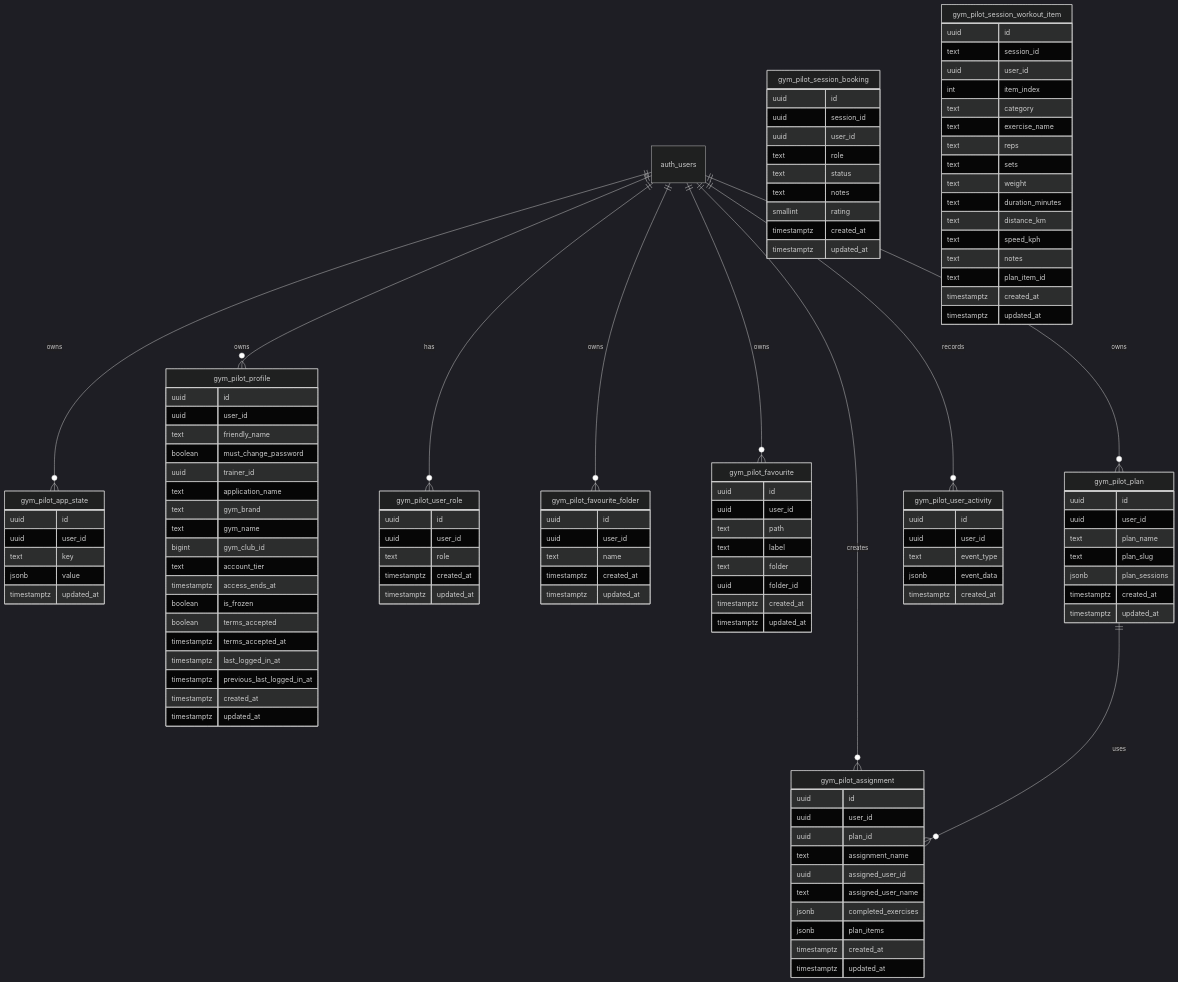
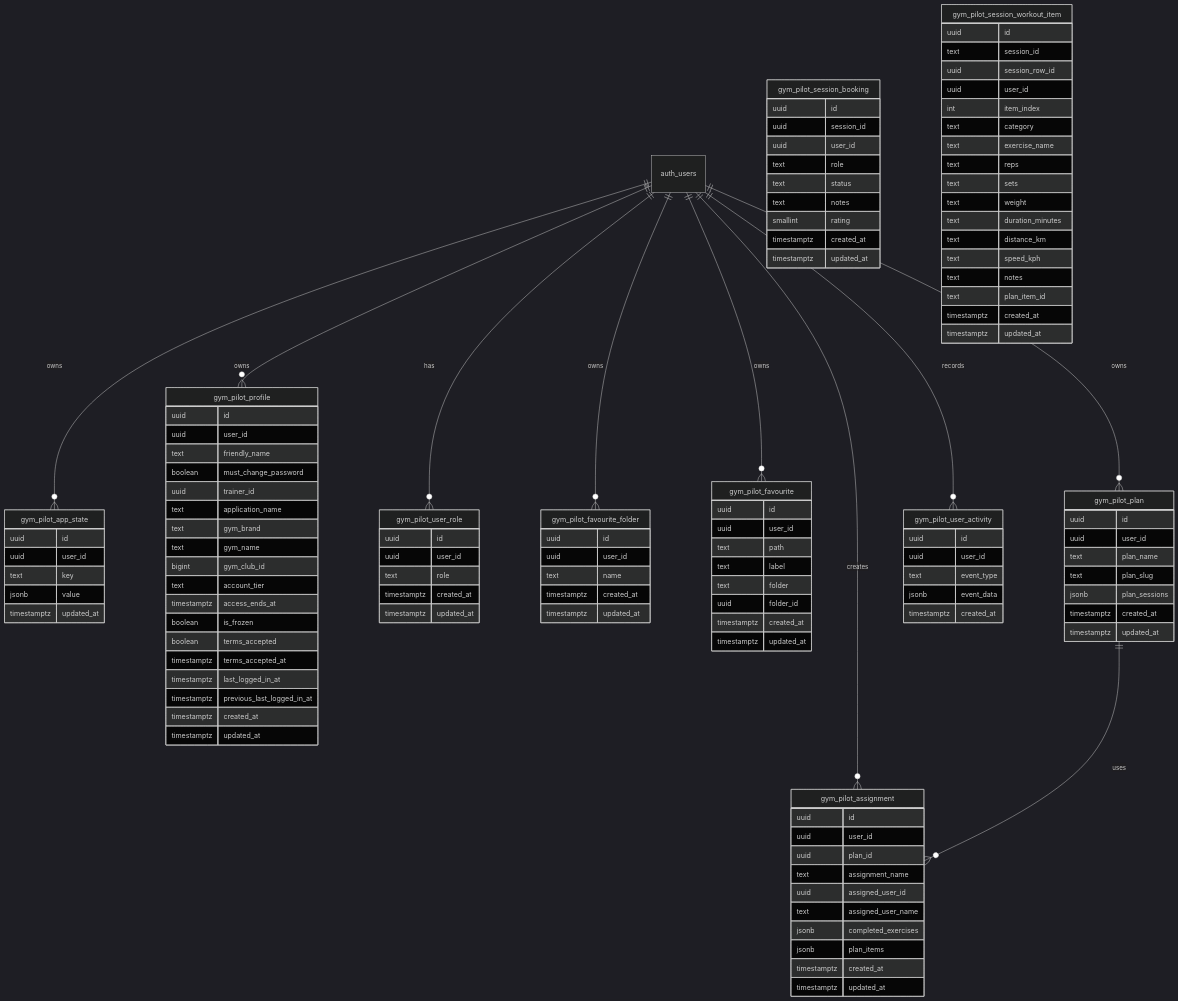
Before and after one commit to asudbury/gym-pilot: the diagram in docs/data-schema.md, drawn with Mermaid (dark theme). The commit also changed other lines of this file and 10 other files, not shown here.

```diff
--- a/docs/data-schema.md
+++ b/docs/data-schema.md
@@ -273,6 +289,7 @@
     gym_pilot_session_workout_item {
         uuid id
         text session_id
+        uuid session_row_id
         uuid user_id
         int item_index
         text category
```
